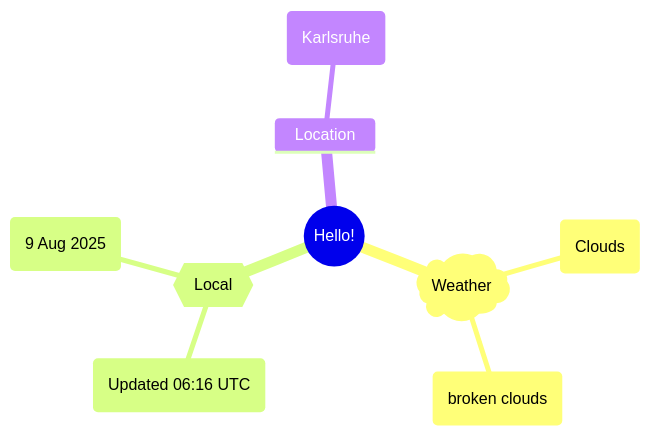
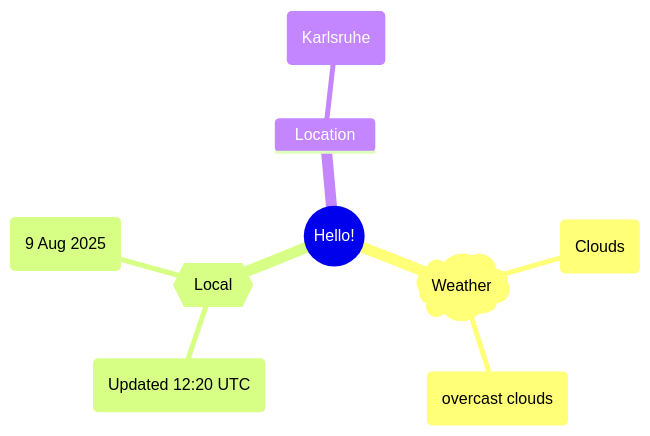
The first of 2 diagrams in README.md (Xosrov/Xosrov), drawn with Mermaid before and after one commit.

Commit message:
[bot] updated images

````diff
--- a/README.md
+++ b/README.md
@@ -3,12 +3,12 @@
 ```mermaid
 mindmap
   root((Hello!))
     )Weather(
         (Clouds)
-        (broken clouds)
+        (overcast clouds)
     {{Local}}
-        (Updated 06:16 UTC)
+        (Updated 12:20 UTC)
         (9 Aug 2025)
     Location
         (Karlsruhe)
 ```
````
